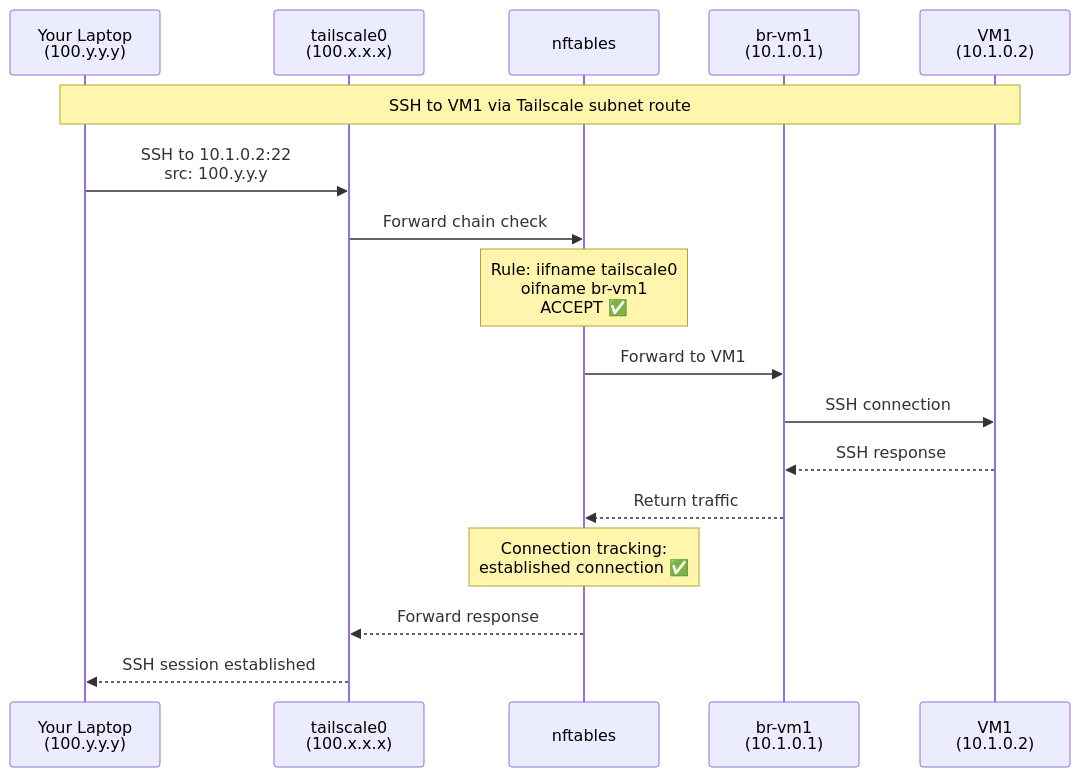
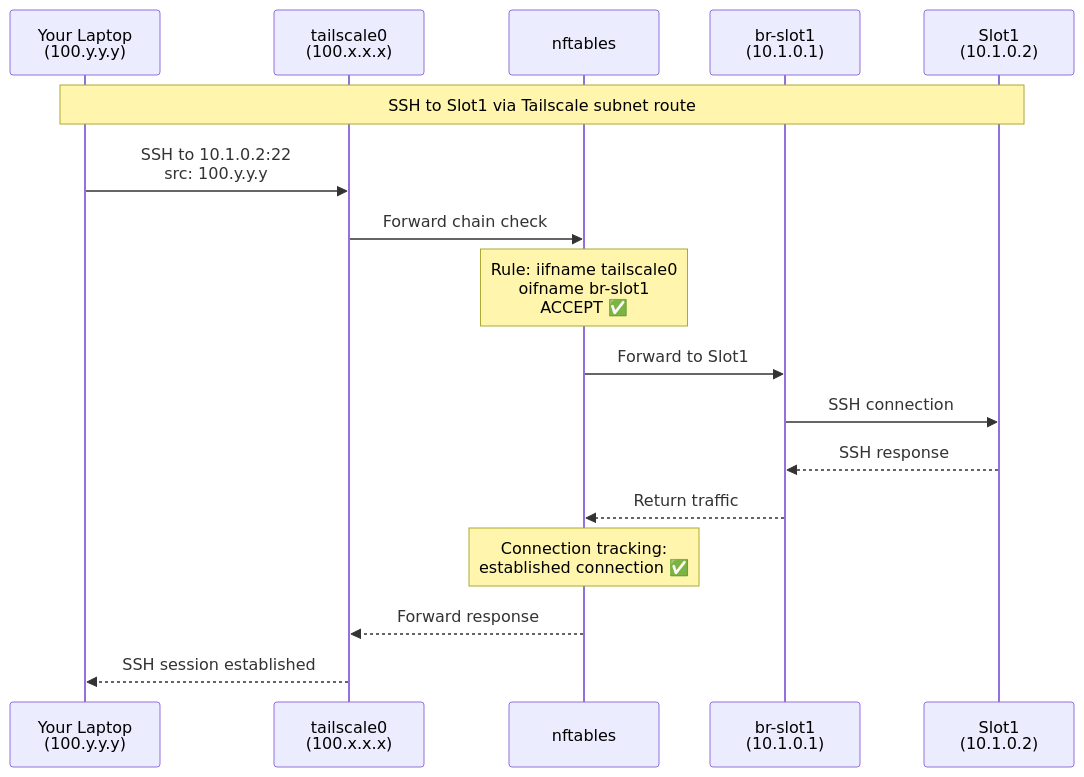
The fourth of 15 diagrams in NETWORK-TOPOLOGY.md (r33drichards/simple-microvm-infra), drawn with Mermaid before and after one commit. The commit also changed other lines of this file and 3 other files, not shown here.

First line of the commit message:
Update documentation for portable state architecture

````diff
--- a/NETWORK-TOPOLOGY.md
+++ b/NETWORK-TOPOLOGY.md
@@ -179,20 +179,20 @@
 ```mermaid
 sequenceDiagram
     participant Laptop as Your Laptop<br/>(100.y.y.y)
     participant TS as tailscale0<br/>(100.x.x.x)
     participant NFT as nftables
-    participant GW as br-vm1<br/>(10.1.0.1)
-    participant VM1 as VM1<br/>(10.1.0.2)
+    participant GW as br-slot1<br/>(10.1.0.1)
+    participant Slot1 as Slot1<br/>(10.1.0.2)
 
-    Note over Laptop,VM1: SSH to VM1 via Tailscale subnet route
+    Note over Laptop,Slot1: SSH to Slot1 via Tailscale subnet route
     Laptop->>TS: SSH to 10.1.0.2:22<br/>src: 100.y.y.y
     TS->>NFT: Forward chain check
-    Note over NFT: Rule: iifname tailscale0<br/>oifname br-vm1<br/>ACCEPT ✅
-    NFT->>GW: Forward to VM1
-    GW->>VM1: SSH connection
-    VM1-->>GW: SSH response
+    Note over NFT: Rule: iifname tailscale0<br/>oifname br-slot1<br/>ACCEPT ✅
+    NFT->>GW: Forward to Slot1
+    GW->>Slot1: SSH connection
+    Slot1-->>GW: SSH response
     GW-->>NFT: Return traffic
     Note over NFT: Connection tracking:<br/>established connection ✅
     NFT-->>TS: Forward response
     TS-->>Laptop: SSH session established
 ```
````
